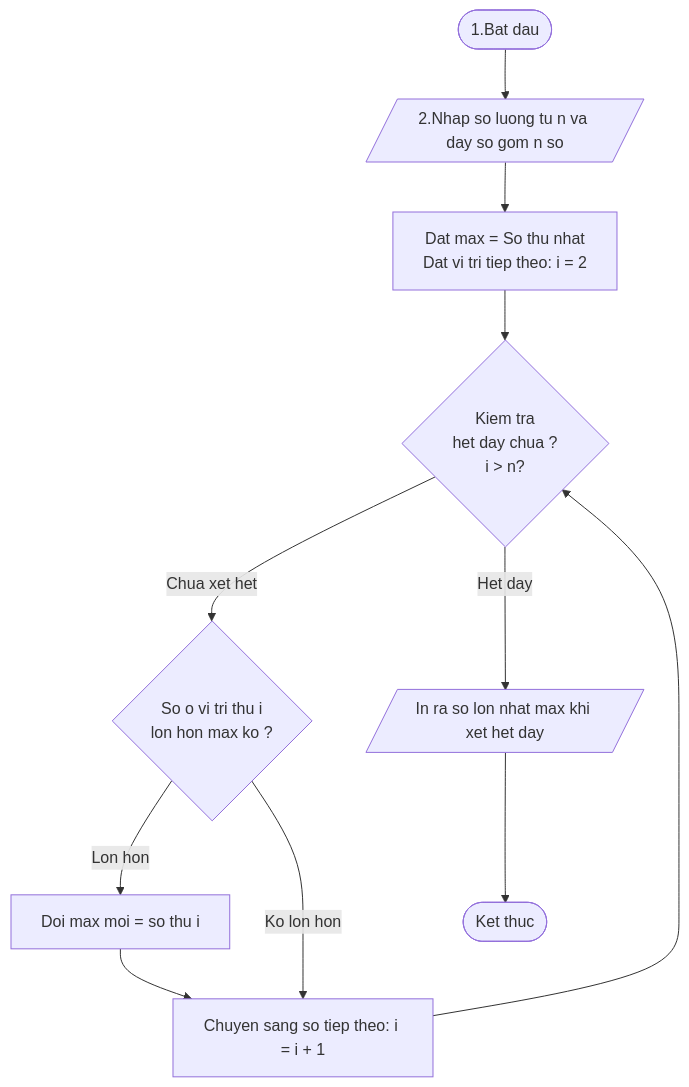
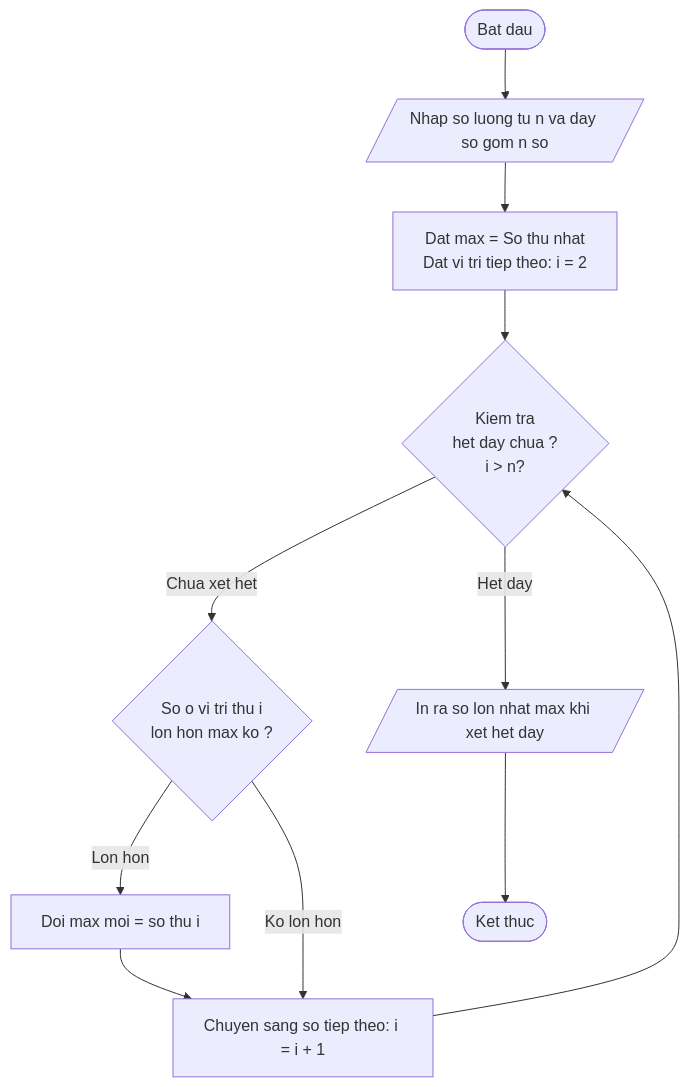
The third of 4 diagrams in README.md (trang116974-cell/bai-thuc-hanh-01), drawn with Mermaid before and after one commit. The commit also changed other lines of this file, not shown here.

````diff
--- a/README.md
+++ b/README.md
@@ -52,21 +43,16 @@
 ```mermaid
 graph TD
-    Start([1.Bat dau]) --> Nhap[/2.Nhap so luong tu n va day so gom n so /]
-    
+    Start([Bat dau]) --> Nhap[/Nhap so luong tu n va day so gom n so /]
     %% Bước đặt giả định ban đầu
     Nhap --> KhoiTao[ Dat max = So thu nhat <br> Dat vi tri tiep theo: i = 2]
-    
     %% Kiem tra vong lap tung so :
     KhoiTao --> VongLap{ Kiem tra <br> het day chua ? <br> i > n?}
-    
     VongLap -- Chua xet het --> SoSanh{ So o vi tri thu i <br> lon hon max ko ?}
-    
     %% Cap nhat max moi
     SoSanh -- Lon hon --> CapNhat[Doi max moi = so thu i] --> TangI[ Chuyen sang so tiep theo: i = i + 1]
     SoSanh -- Ko lon hon --> TangI
-    TangI --> VongLap
-    
+    TangI --> VongLap 
     %% Ket thuc khi het day
     VongLap -- Het day --> InKetQua[/In ra so lon nhat max khi xet het day/]
     InKetQua --> End([Ket thuc])
 ```
````
